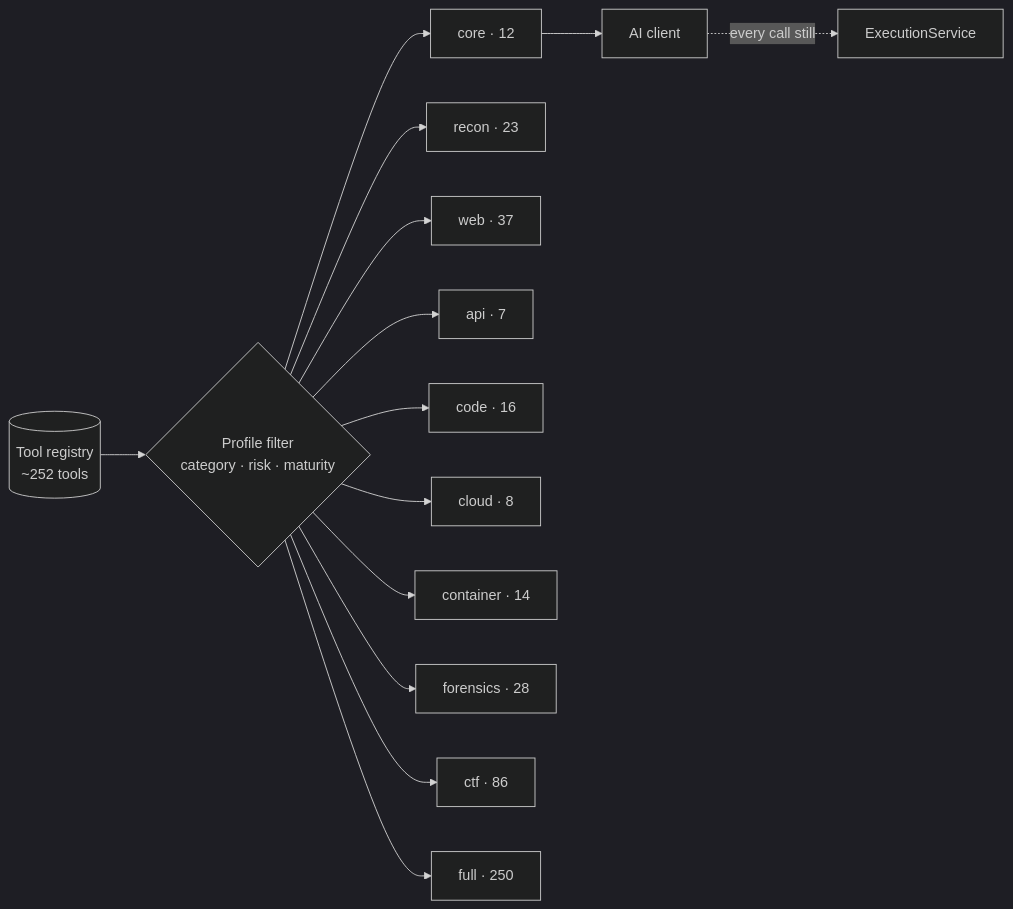
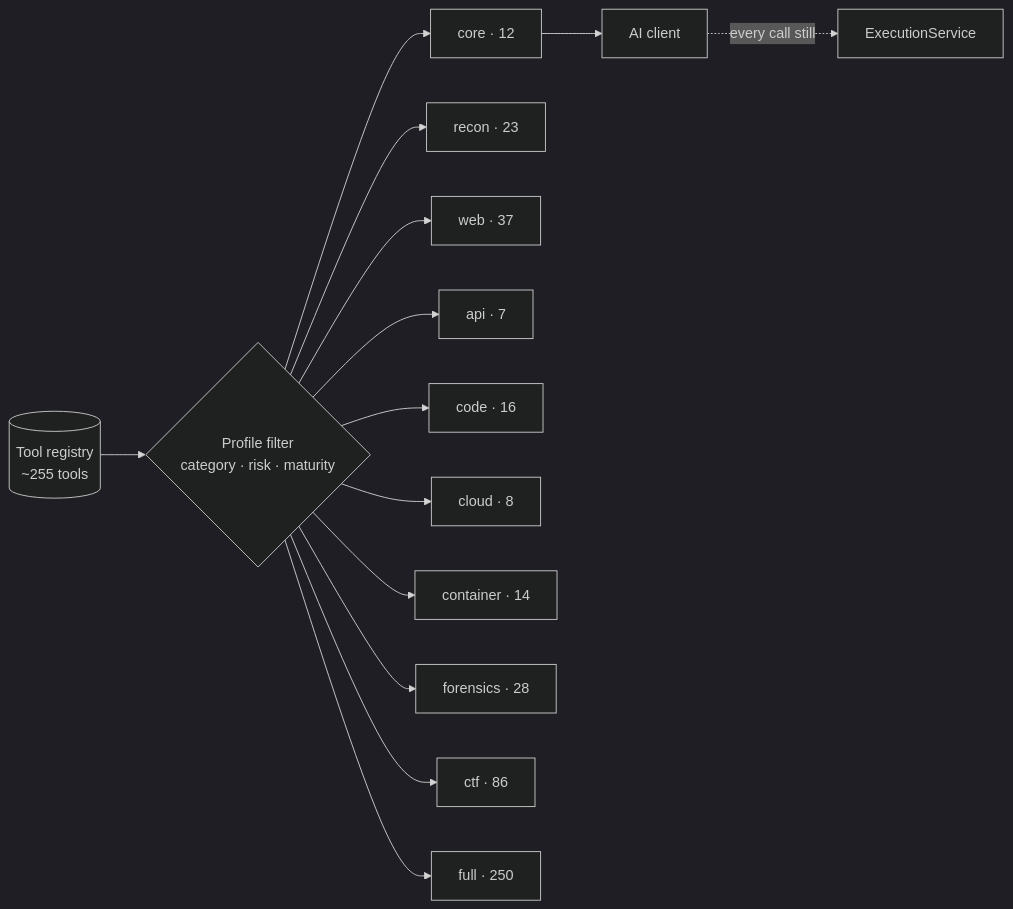
Before and after one commit to Arseno25/nexhunter: the sixth of 6 diagrams in docs/architecture.md, drawn with Mermaid (dark theme). The commit also changed 19 other files, not shown here.

````diff
--- a/docs/architecture.md
+++ b/docs/architecture.md
@@ -196,17 +196,17 @@
 ```mermaid
 flowchart LR
-    REG[(Tool registry<br/>~252 tools)] --> F{Profile filter<br/>category · risk · maturity}
+    REG[(Tool registry<br/>~255 tools)] --> F{Profile filter<br/>category · risk · maturity}
     F --> C[core · 12]
     F --> RC[recon · 23]
     F --> W[web · 37]
     F --> AP[api · 7]
     F --> CD[code · 16]
     F --> CL[cloud · 8]
     F --> CT[container · 14]
     F --> FR[forensics · 28]
     F --> CTF[ctf · 86]
     F --> FU[full · 250]
 
     C --> CLIENT[AI client]
     CLIENT -.->|every call still| SVC[ExecutionService]
 ```
````
